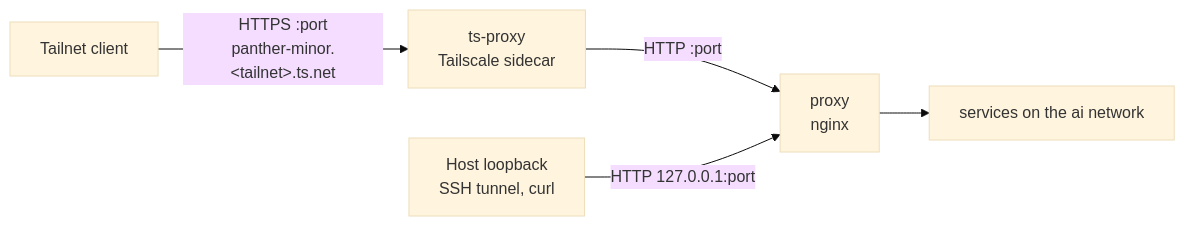
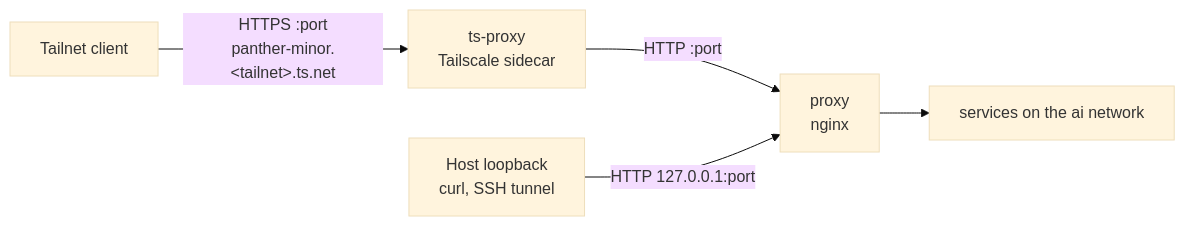
The diagram in docs/networking.md (rozsival/panther-minor), drawn with Mermaid (base theme) before and after one commit. The commit also changed other lines of this file and 36 other files, not shown here.

````diff
--- a/docs/networking.md
+++ b/docs/networking.md
@@ -14,7 +14,7 @@
 ```mermaid
 flowchart LR
     C[Tailnet client] -->|HTTPS :port<br/>panther-minor.&lt;tailnet&gt;.ts.net| T[ts-proxy<br/>Tailscale sidecar]
     T -->|HTTP :port| X[proxy<br/>nginx]
-    H[Host loopback<br/>SSH tunnel, curl] -->|HTTP 127.0.0.1:port| X
+    H[Host loopback<br/>curl, SSH tunnel] -->|HTTP 127.0.0.1:port| X
     X --> S[services on the ai network]
 ```
````
